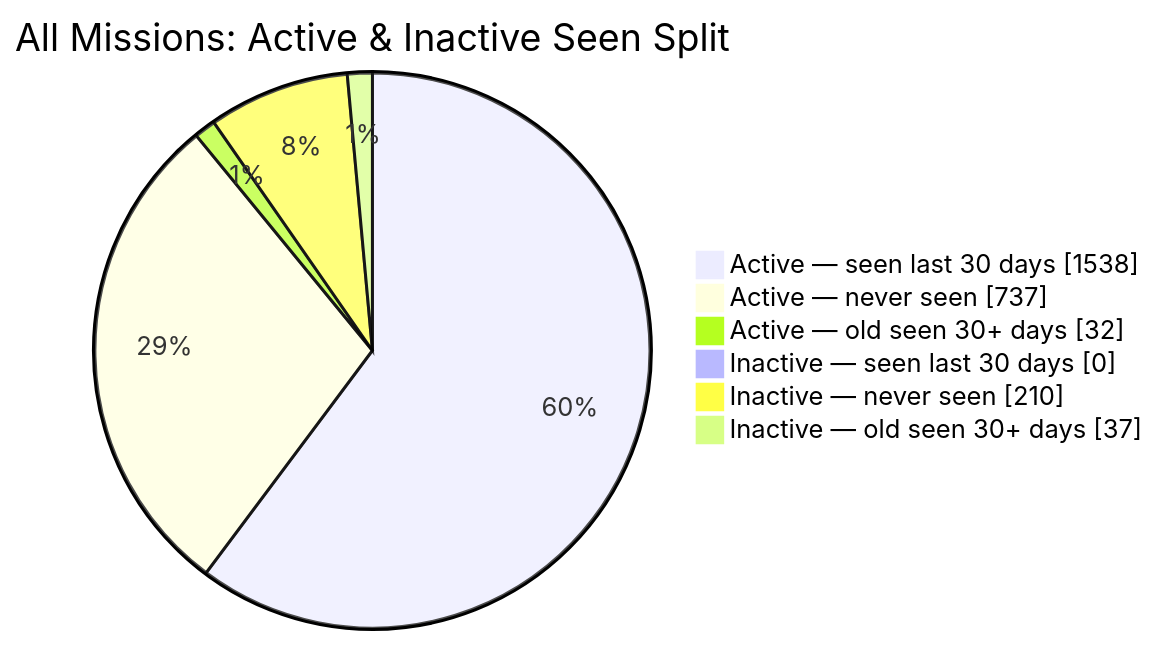
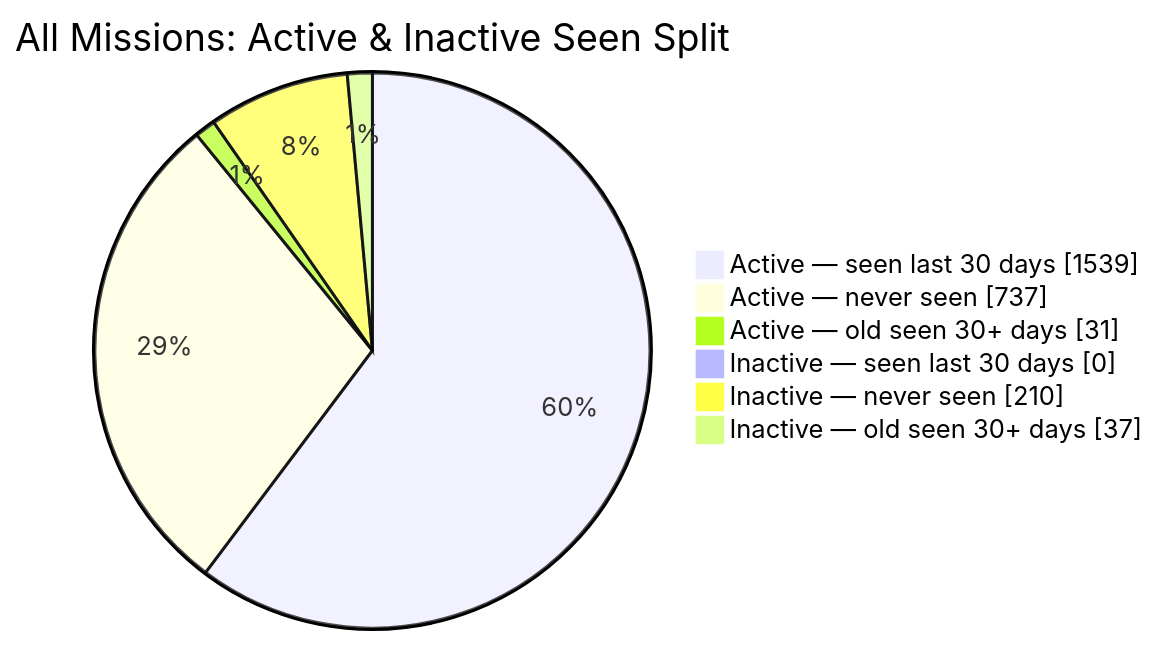
One commit to MeldkamerspelGameTeam/active-missions changed the second of 2 diagrams in README.md. Above: the diagram before and after it, drawn with Mermaid. The commit also changed other lines of this file and 3 other files, not shown here.

````diff
--- a/README.md
+++ b/README.md
@@ -44,10 +44,10 @@
 ```mermaid
 pie showData
     title All Missions: Active & Inactive Seen Split
-    "Active — seen last 30 days" : 1538
+    "Active — seen last 30 days" : 1539
     "Active — never seen" : 737
-    "Active — old seen 30+ days" : 32
+    "Active — old seen 30+ days" : 31
     "Inactive — seen last 30 days" : 0
     "Inactive — never seen" : 210
     "Inactive — old seen 30+ days" : 37
 ```
````
